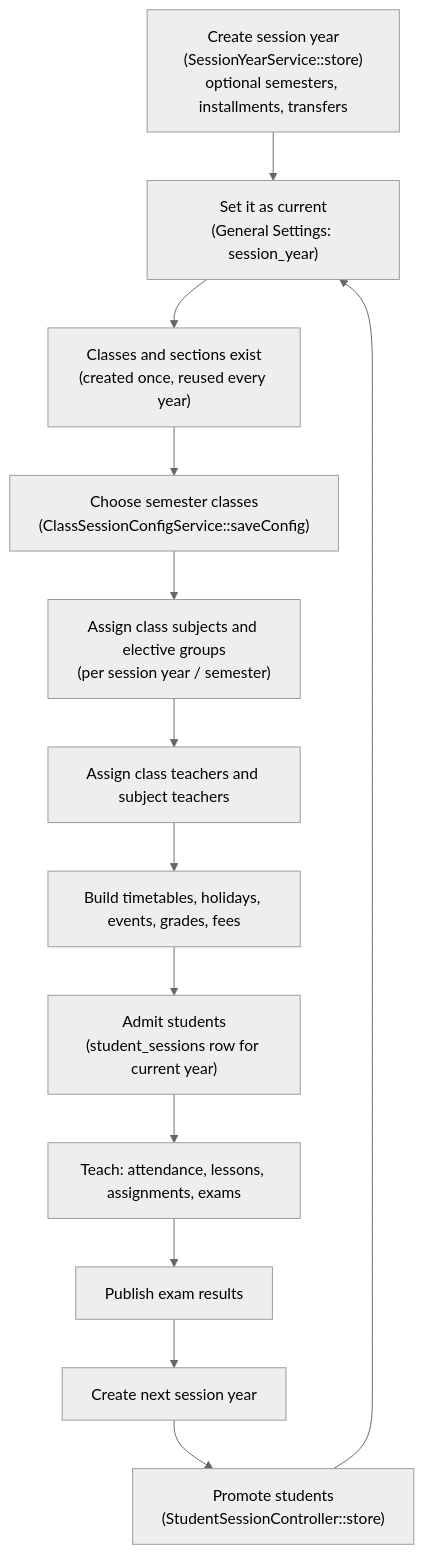
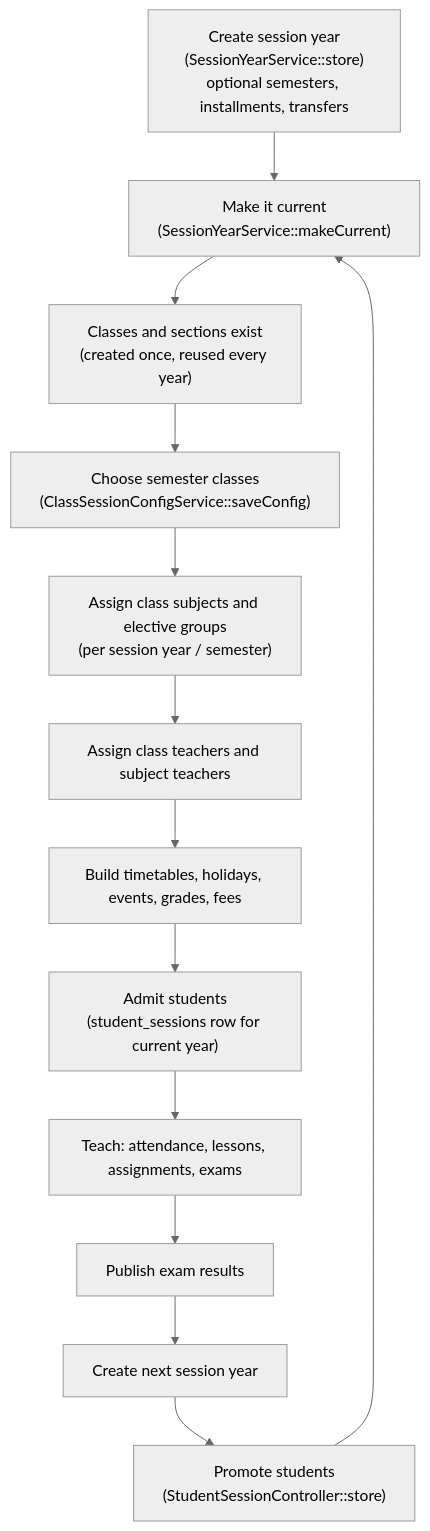
The diagram in wiki/Academic-Structure.md (ShawnDaPrawn/Eschool), drawn with Mermaid (neutral theme) before and after one commit. The commit also changed other lines of this file and 15 other files, not shown here.

````diff
--- a/wiki/Academic-Structure.md
+++ b/wiki/Academic-Structure.md
@@ -222,15 +247,15 @@
 ```mermaid
 flowchart TD
-    A["Create session year<br/>(SessionYearService::store)<br/>optional semesters, installments, transfers"] --> B["Set it as current<br/>(General Settings: session_year)"]
+    A["Create session year<br/>(SessionYearService::store)<br/>optional semesters, installments, transfers"] --> B["Make it current<br/>(SessionYearService::makeCurrent)"]
     B --> C["Classes and sections exist<br/>(created once, reused every year)"]
     C --> D["Choose semester classes<br/>(ClassSessionConfigService::saveConfig)"]
     D --> E["Assign class subjects and elective groups<br/>(per session year / semester)"]
     E --> F["Assign class teachers and subject teachers"]
     F --> G["Build timetables, holidays, events, grades, fees"]
     G --> H["Admit students<br/>(student_sessions row for current year)"]
     H --> I["Teach: attendance, lessons, assignments, exams"]
     I --> J["Publish exam results"]
     J --> K["Create next session year"]
     K --> L["Promote students<br/>(StudentSessionController::store)"]
     L --> B
 ```
````
